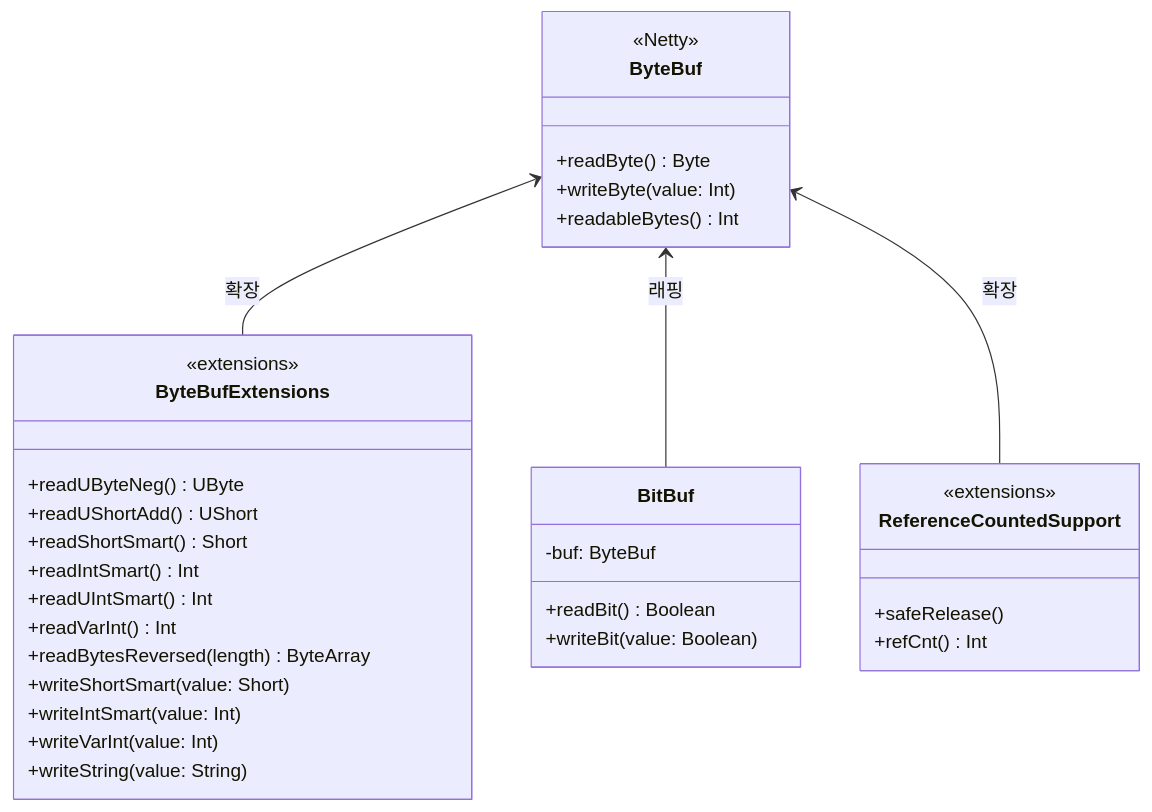
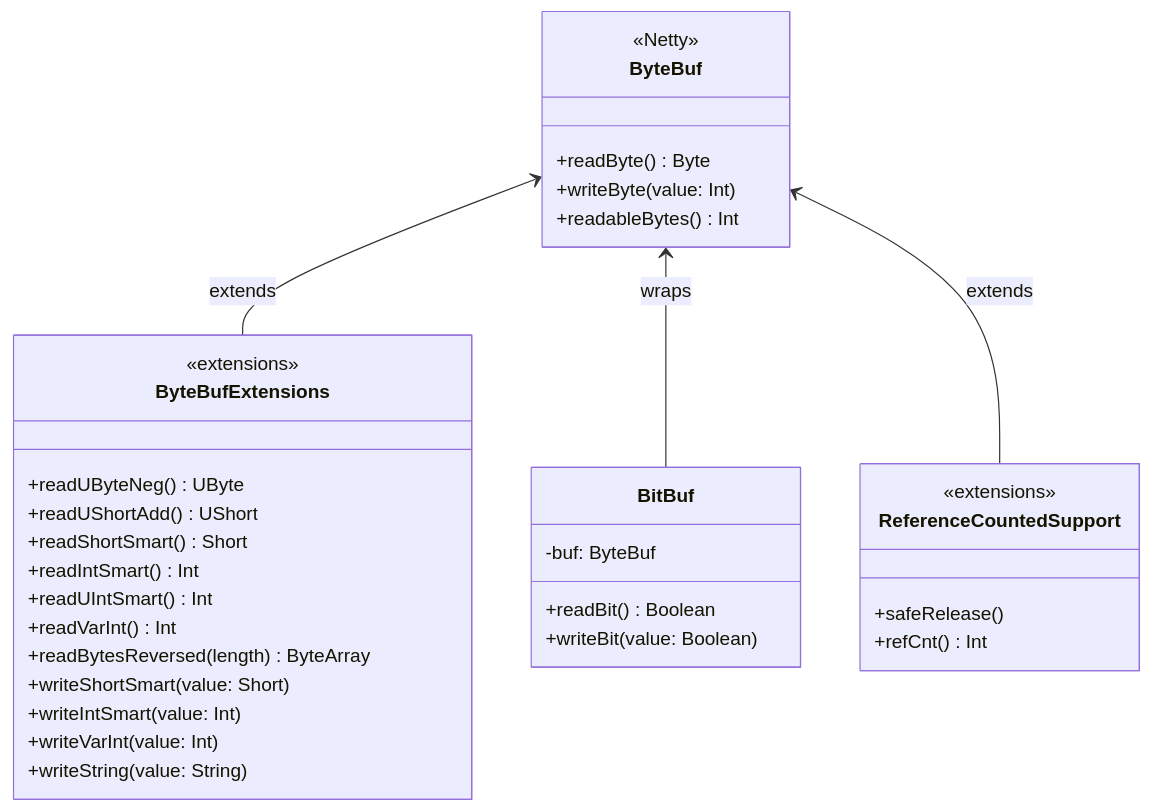
The first of 3 diagrams in io/netty/README.md (bluetape4k/bluetape4k-projects), drawn with Mermaid before and after one commit. The commit also changed other lines of this file and 265 other files, not shown here.

````diff
--- a/io/netty/README.md
+++ b/io/netty/README.md
@@ -191,41 +192,41 @@
 ```mermaid
 classDiagram
     class ByteBuf {
         <<Netty>>
         +readByte() Byte
         +writeByte(value: Int)
         +readableBytes() Int
     }
 
     class ByteBufExtensions {
         <<extensions>>
         +readUByteNeg() UByte
         +readUShortAdd() UShort
         +readShortSmart() Short
         +readIntSmart() Int
         +readUIntSmart() Int
         +readVarInt() Int
         +readBytesReversed(length) ByteArray
         +writeShortSmart(value: Short)
         +writeIntSmart(value: Int)
         +writeVarInt(value: Int)
         +writeString(value: String)
     }
 
     class BitBuf {
         -buf: ByteBuf
         +readBit() Boolean
         +writeBit(value: Boolean)
     }
 
     class ReferenceCountedSupport {
         <<extensions>>
         +safeRelease()
         +refCnt() Int
     }
 
-    ByteBuf <-- ByteBufExtensions : 확장
-    ByteBuf <-- BitBuf : 래핑
-    ByteBuf <-- ReferenceCountedSupport : 확장
+    ByteBuf <-- ByteBufExtensions : extends
+    ByteBuf <-- BitBuf : wraps
+    ByteBuf <-- ReferenceCountedSupport : extends
 
 ```
````
